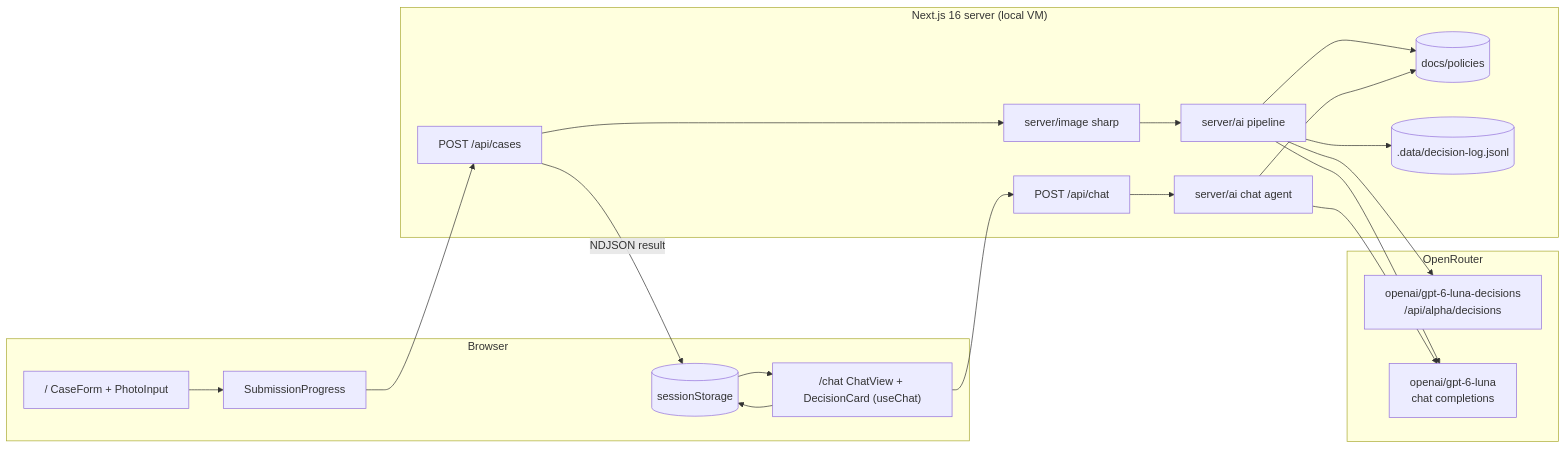
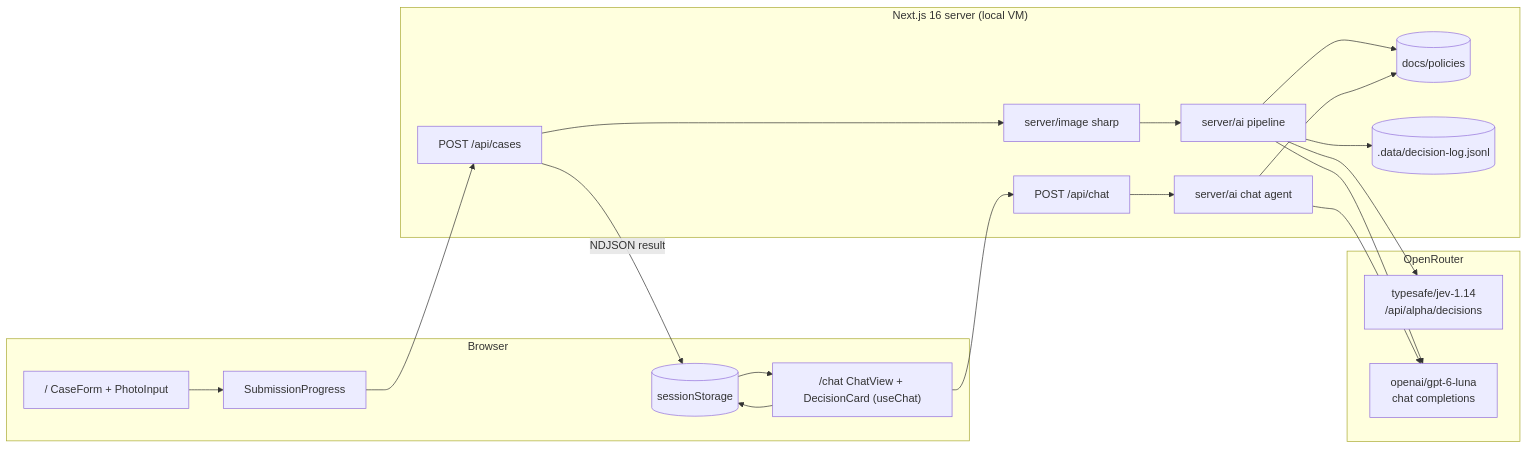
Before and after one commit to LucasMatuszewski/jsystems-ai-programming-2026-11: the first of 7 diagrams in docs/ADR/000-main-architecture.md, drawn with Mermaid. The commit also changed other lines of this file and 2 other files, not shown here.

Commit message:
Docs: ADR-001 amendment A2 and plan rev. 5 for the Jev 1.14 decision model

````diff
--- a/docs/ADR/000-main-architecture.md
+++ b/docs/ADR/000-main-architecture.md
@@ -203,33 +203,33 @@
 ```mermaid
 flowchart LR
     subgraph Browser
         Form["/ CaseForm + PhotoInput"]
         Progress[SubmissionProgress]
         ChatUI["/chat ChatView + DecisionCard (useChat)"]
         SS[(sessionStorage)]
     end
     subgraph NextServer["Next.js 16 server (local VM)"]
         Cases["POST /api/cases"]
         ChatAPI["POST /api/chat"]
         Img[server/image sharp]
         Pipe[server/ai pipeline]
         Agent[server/ai chat agent]
         Pol[(docs/policies)]
         Log[(.data/decision-log.jsonl)]
     end
     subgraph OpenRouter
-        LD[openai/gpt-6-luna-decisions<br/>/api/alpha/decisions]
+        LD[typesafe/jev-1.14<br/>/api/alpha/decisions]
         LL[openai/gpt-6-luna<br/>chat completions]
     end
     Form --> Progress --> Cases
     Cases --> Img --> Pipe
     Pipe --> LD
     Pipe --> LL
     Pipe --> Pol
     Pipe --> Log
     Cases -->|NDJSON result| SS
     SS --> ChatUI
     ChatUI --> ChatAPI --> Agent --> LL
     Agent --> Pol
     ChatUI --> SS
 ```
````
